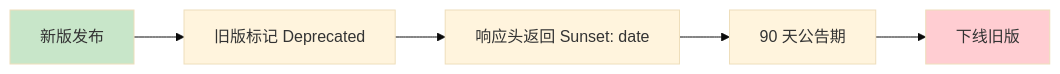
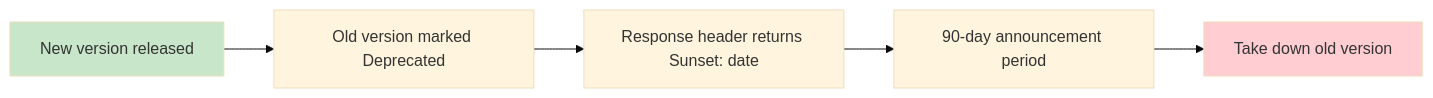
One commit to Kirky-X/cangjie changed the diagram in templates/产品/技术层/【模板】API文档.md. Above: the diagram before and after it, drawn with Mermaid (base theme). The commit also changed other lines of this file and 60 other files, not shown here.

````diff
--- a/templates/产品/技术层/【模板】API文档.md
+++ b/templates/产品/技术层/【模板】API文档.md
@@ -533,9 +533,9 @@
 ```mermaid
 flowchart LR
-    A[新版发布] --> B[旧版标记 Deprecated]
-    B --> C[响应头返回 Sunset: date]
-    C --> D[90 天公告期]
-    D --> E[下线旧版]
+    A[New version released] --> B[Old version marked Deprecated]
+    B --> C[Response header returns Sunset: date]
+    C --> D[90-day announcement period]
+    D --> E[Take down old version]
     style A fill:#c8e6c9
     style E fill:#ffcdd2
 ```
````
